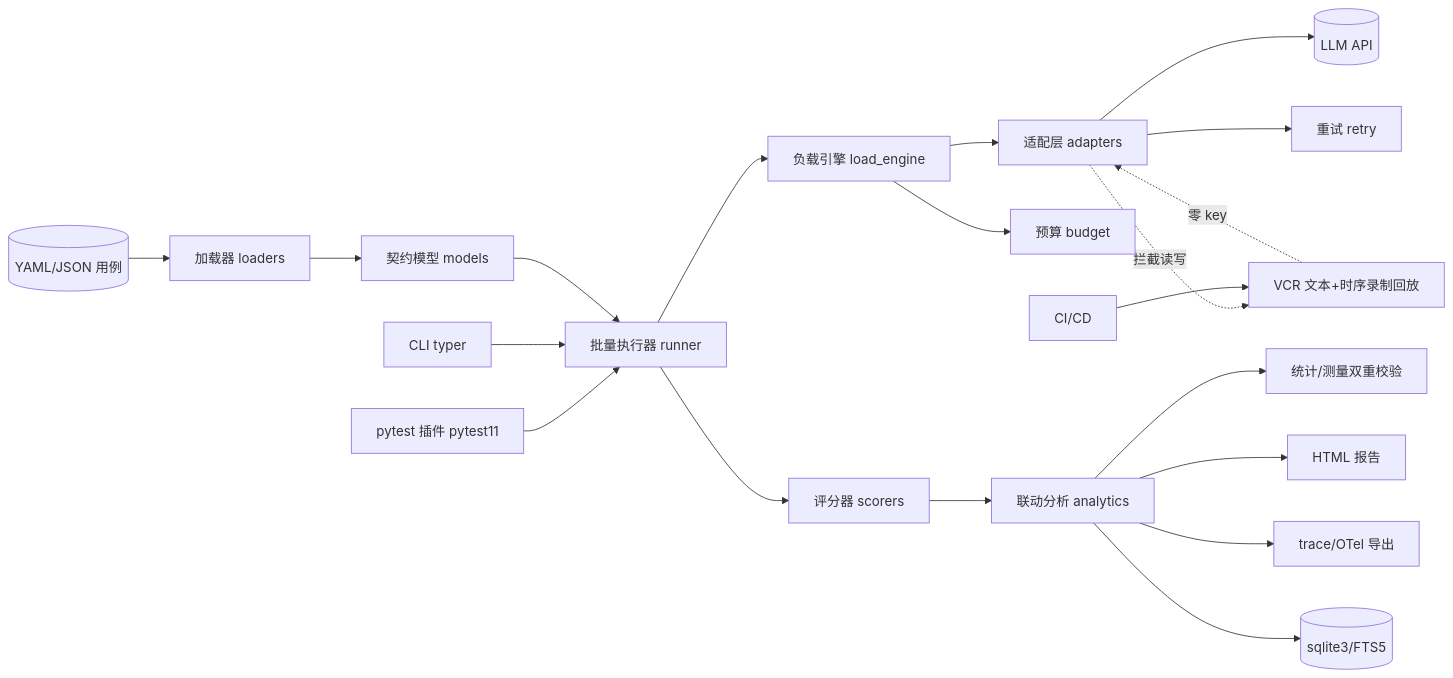
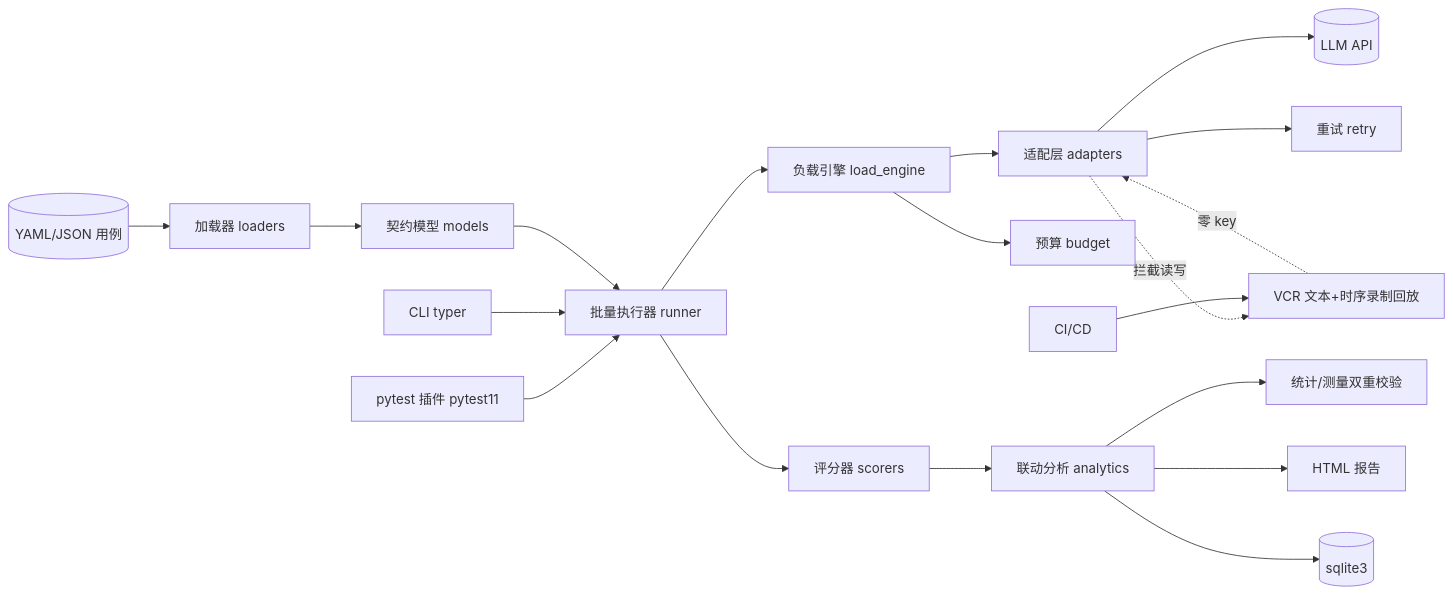
One commit to hu-chenyu/AquaMind changed the first of 5 diagrams in docs/ROADMAP.md. Above: the diagram before and after it, drawn with Mermaid. The commit also changed other lines of this file and 1 other file, not shown here.

Commit message:
docs: 路线图一致性修正（覆盖率口径、文件路径与表述对齐）

````diff
--- a/docs/ROADMAP.md
+++ b/docs/ROADMAP.md
@@ -153,22 +153,21 @@
 ```mermaid
 flowchart LR
   PLG[pytest 插件 pytest11] --> RUN[批量执行器 runner]
   CLI[CLI typer] --> RUN
   RUN --> LED[负载引擎 load_engine]
   LED --> ADP[适配层 adapters]
   ADP --> LLM[(LLM API)]
   FILES[(YAML/JSON 用例)] --> LD[加载器 loaders]
   LD --> MOD[契约模型 models]
   MOD --> RUN
   ADP -.拦截读写.-> REP[VCR 文本+时序录制回放]
   ADP --> RT[重试 retry]
   LED --> BG[预算 budget]
   RUN --> SC[评分器 scorers]
   SC --> AN[联动分析 analytics]
   AN --> STAT[统计/测量双重校验]
   AN --> RPT[HTML 报告]
-  AN --> TR[trace/OTel 导出]
-  AN --> DB[(sqlite3/FTS5)]
+  AN --> DB[(sqlite3)]
   CICD[CI/CD] --> REP
   REP -.零 key.-> ADP
 ```
````
